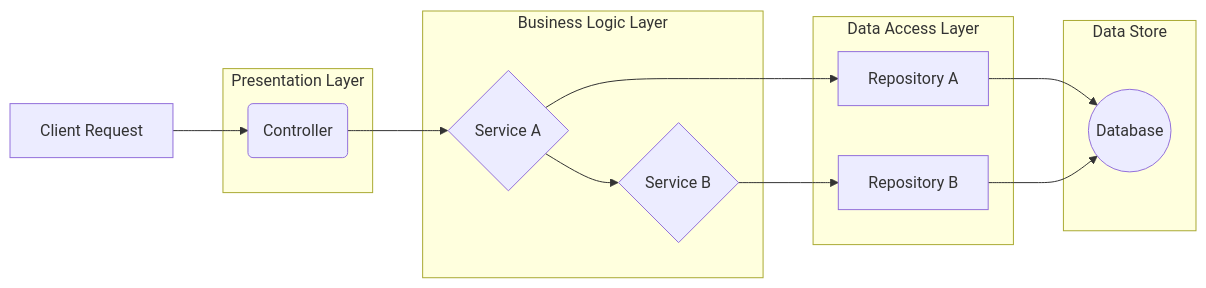
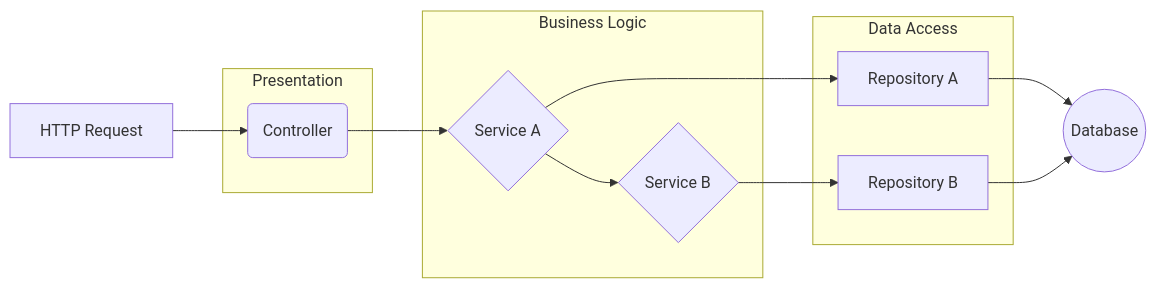
Before and after one commit to VENIZIA-AI/ignis: the diagram in docs/wiki/content/guides/core-concepts/services.md, drawn with Mermaid. The commit also changed other lines of this file and 142 other files, not shown here.

````diff
--- a/docs/wiki/content/guides/core-concepts/services.md
+++ b/docs/wiki/content/guides/core-concepts/services.md
@@ -69,25 +334,22 @@
 ```mermaid
 graph LR
-    A[Client Request] --> B(Controller);
-    B --> C1{Service A};
-    C1 --> C2{Service B};
-    C1 --> D1[Repository A];
-    C2 --> D2[Repository B];
-    D1 --> E((Database));
-    D2 --> E;
+    A[HTTP Request] --> B(Controller)
+    B --> C{Service A}
+    C --> D{Service B}
+    C --> E[Repository A]
+    D --> F[Repository B]
+    E --> G((Database))
+    F --> G
 
-    subgraph "Presentation Layer"
+    subgraph "Presentation"
         B
     end
-    subgraph "Business Logic Layer"
-        C1
-        C2
+    subgraph "Business Logic"
+        C
+        D
     end
-    subgraph "Data Access Layer"
-        D1
-        D2
-    end
-    subgraph "Data Store"
+    subgraph "Data Access"
         E
+        F
     end
 ```
````
